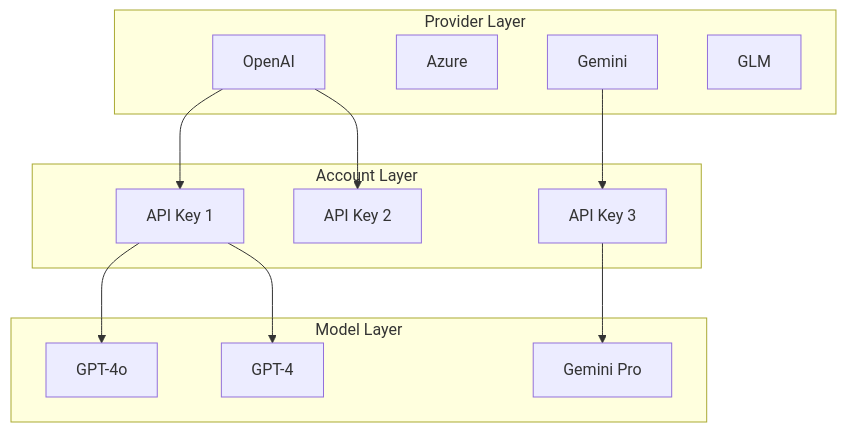
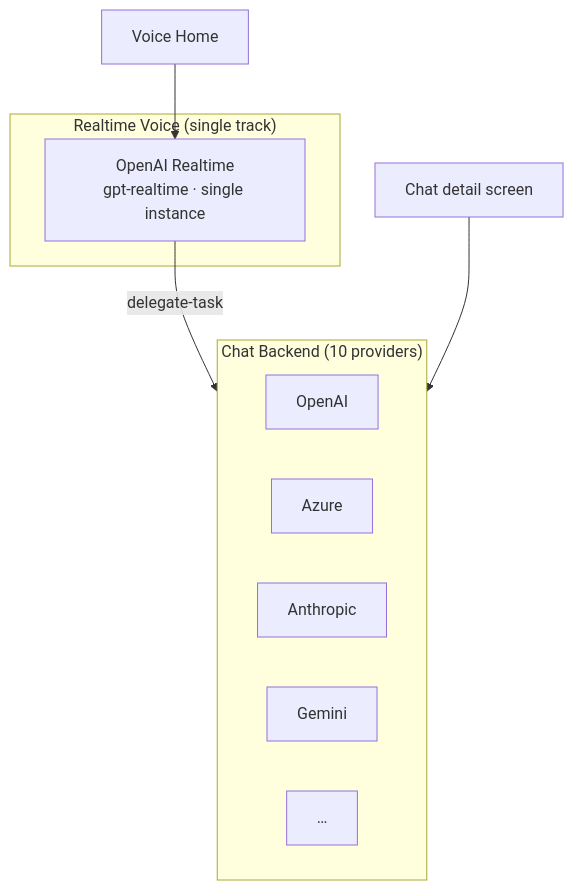
Before and after one commit to openrocky/openrocky.github.io: the fourth of 4 diagrams in docs/architecture.md, drawn with Mermaid. The commit also changed other lines of this file and 7 other files, not shown here.

First line of the commit message:
docs: sync to single-track voice architecture

````diff
--- a/docs/architecture.md
+++ b/docs/architecture.md
@@ -122,28 +136,18 @@
 ```mermaid
 graph TD
-    subgraph Providers["Provider Layer"]
-        P1["OpenAI"]
-        P2["Azure"]
-        P3["Gemini"]
-        P4["GLM"]
+    subgraph Voice["Realtime Voice (single track)"]
+        RT["OpenAI Realtime<br/>gpt-realtime · single instance"]
     end
 
-    subgraph Accounts["Account Layer"]
-        A1["API Key 1"]
-        A2["API Key 2"]
-        A3["API Key 3"]
+    subgraph Chat["Chat Backend (10 providers)"]
+        C1["OpenAI"]
+        C2["Azure"]
+        C3["Anthropic"]
+        C4["Gemini"]
+        C5["…"]
     end
 
-    subgraph Models["Model Layer"]
-        M1["GPT-4o"]
-        M2["GPT-4"]
-        M3["Gemini Pro"]
-    end
-
-    P1 --> A1
-    P1 --> A2
-    P3 --> A3
-    A1 --> M1
-    A1 --> M2
-    A3 --> M3
+    Home["Voice Home"] --> RT
+    RT -->|delegate-task| Chat
+    ChatScreen["Chat detail screen"] --> Chat
 ```
````
